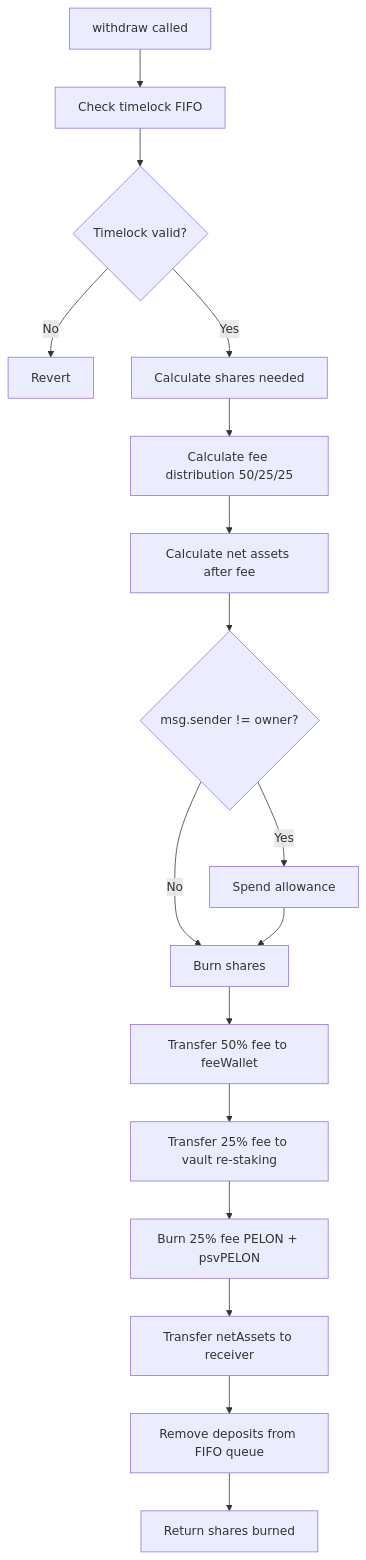
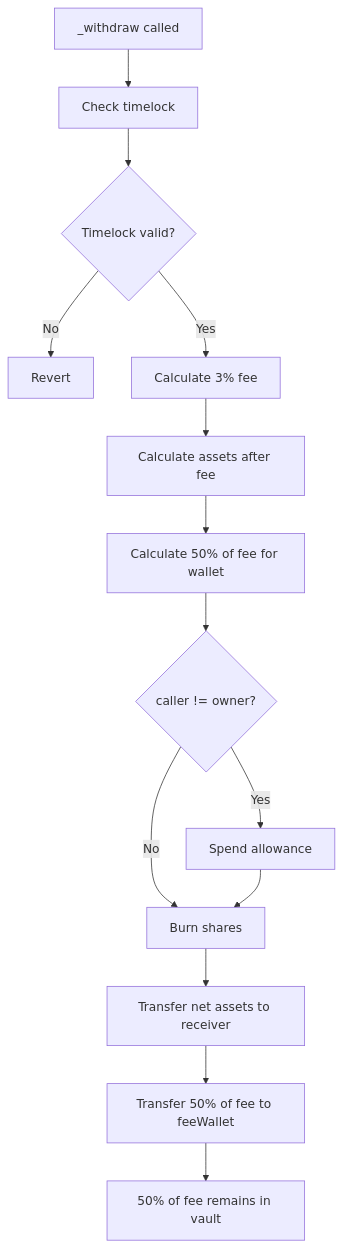
One commit to PelonClub/PelonClub-BaseNetwork-Monorepo changed the fifth of 5 diagrams in docs/en/pelon-staking-vault.md. Above: the diagram before and after it, drawn with Mermaid. The commit also changed other lines of this file and 9 other files, not shown here.

````diff
--- a/docs/en/pelon-staking-vault.md
+++ b/docs/en/pelon-staking-vault.md
@@ -603,19 +404,16 @@
 ```mermaid
 flowchart TD
-    A[withdraw called] --> B[Check timelock FIFO]
+    A[_withdraw called] --> B[Check timelock]
     B --> C{Timelock valid?}
     C -->|No| D[Revert]
-    C -->|Yes| E[Calculate shares needed]
-    E --> F[Calculate fee distribution 50/25/25]
-    F --> G[Calculate net assets after fee]
-    G --> H{msg.sender != owner?}
+    C -->|Yes| E[Calculate 3% fee]
+    E --> F[Calculate assets after fee]
+    F --> G[Calculate 50% of fee for wallet]
+    G --> H{caller != owner?}
     H -->|Yes| I[Spend allowance]
     H -->|No| J[Burn shares]
     I --> J
-    J --> K[Transfer 50% fee to feeWallet]
-    K --> L[Transfer 25% fee to vault re-staking]
-    L --> M[Burn 25% fee PELON + psvPELON]
-    M --> N[Transfer netAssets to receiver]
-    N --> O[Remove deposits from FIFO queue]
-    O --> P[Return shares burned]
+    J --> K[Transfer net assets to receiver]
+    K --> L[Transfer 50% of fee to feeWallet]
+    L --> M[50% of fee remains in vault]
 ```
````
